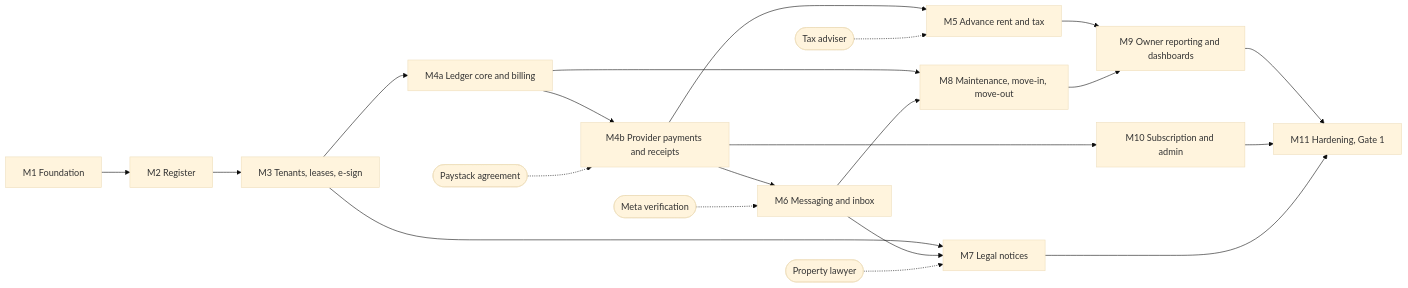
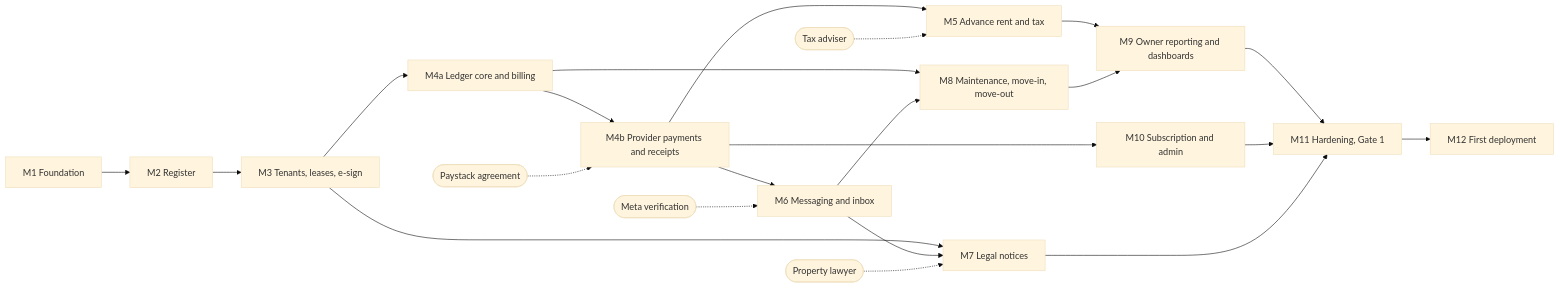
The diagram in docs/plans/roadmap.md (FrederickOB/rent-management-app), drawn with Mermaid (base theme) before and after one commit. The commit also changed other lines of this file and 5 other files, not shown here.

````diff
--- a/docs/plans/roadmap.md
+++ b/docs/plans/roadmap.md
@@ -16,23 +16,24 @@
 ```mermaid
 flowchart LR
     M1["M1 Foundation"] --> M2["M2 Register"]
     M2 --> M3["M3 Tenants, leases, e-sign"]
     M3 --> M4a["M4a Ledger core and billing"]
     M4a --> M4b["M4b Provider payments and receipts"]
     M4b --> M5["M5 Advance rent and tax"]
     M4b --> M6["M6 Messaging and inbox"]
     M3 --> M7["M7 Legal notices"]
     M6 --> M7
     M4a --> M8["M8 Maintenance, move-in, move-out"]
     M6 --> M8
     M5 --> M9["M9 Owner reporting and dashboards"]
     M8 --> M9
     M4b --> M10["M10 Subscription and admin"]
     M9 --> M11["M11 Hardening, Gate 1"]
     M10 --> M11
     M7 --> M11
+    M11 --> M12["M12 First deployment"]
     TAX(["Tax adviser"]) -.-> M5
     LAW(["Property lawyer"]) -.-> M7
     PSP(["Paystack agreement"]) -.-> M4b
     META(["Meta verification"]) -.-> M6
 ```
````
